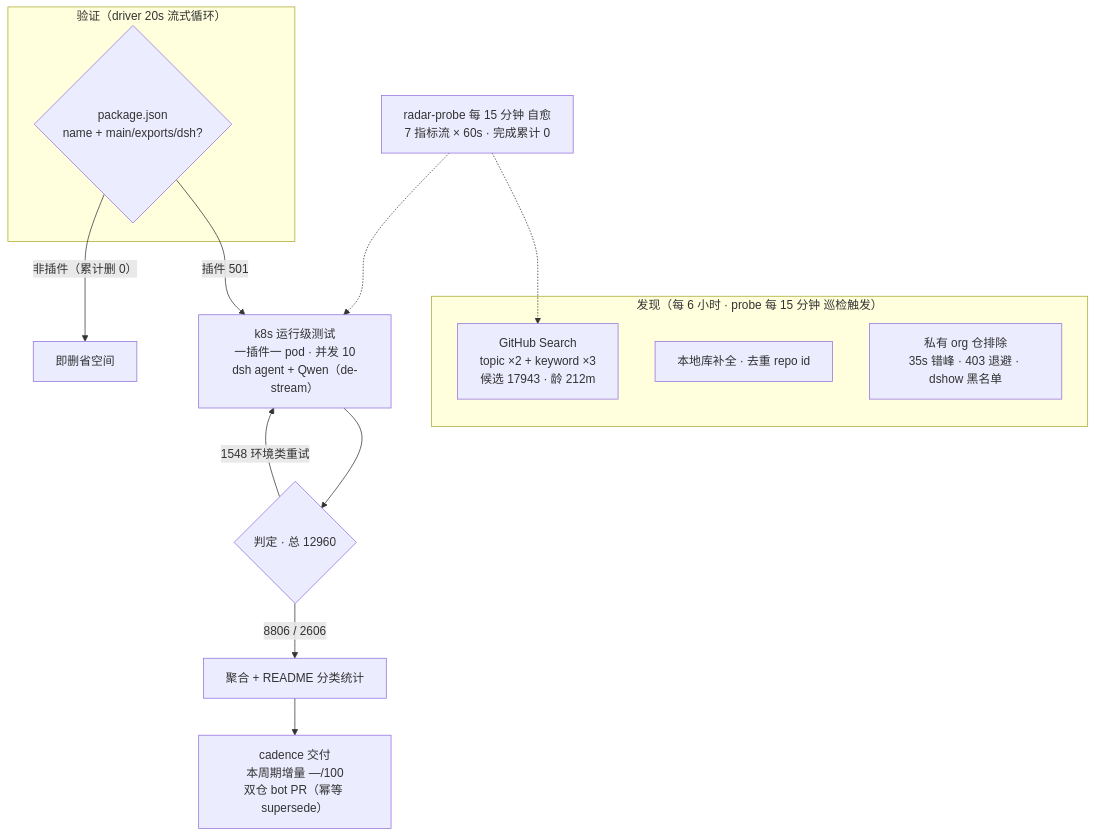
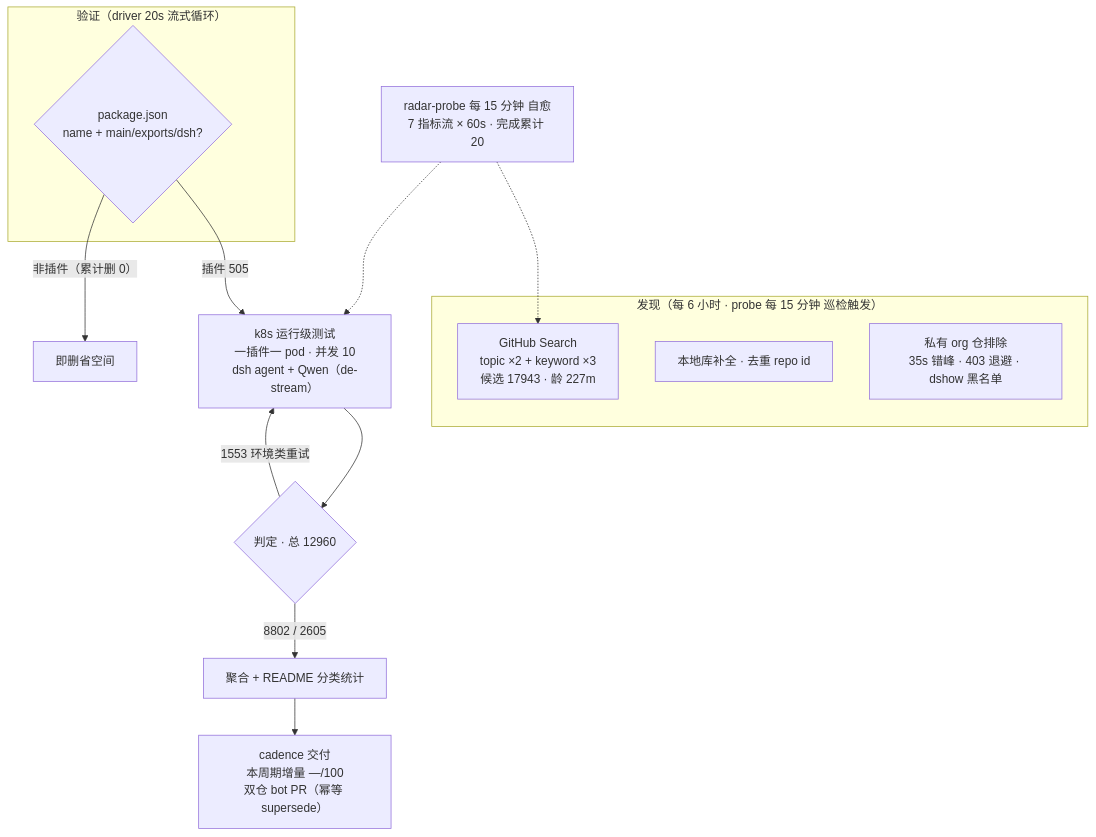
The diagram in README.md (AdamPlatin123/awesome-dsh-plugins), drawn with Mermaid before and after one commit. The commit also changed other lines of this file and 5 other files, not shown here.

````diff
--- a/README.md
+++ b/README.md
@@ -52,20 +52,20 @@
 ```mermaid
 flowchart TB
     subgraph Discovery["发现（每 6 小时 · probe 每 15 分钟 巡检触发）"]
-        A1["GitHub Search<br/>topic ×2 + keyword ×3<br/>候选 17943 · 龄 212m"]
+        A1["GitHub Search<br/>topic ×2 + keyword ×3<br/>候选 17943 · 龄 227m"]
         A2["本地库补全 · 去重 repo id"]
         A3["私有 org 仓排除<br/>35s 错峰 · 403 退避 · dshow 黑名单"]
     end
     subgraph Validation["验证（driver 20s 流式循环）"]
         B1{"package.json<br/>name + main/exports/dsh?"}
     end
-    B1 -->|"插件 501"| C1["k8s 运行级测试<br/>一插件一 pod · 并发 10<br/>dsh agent + Qwen（de-stream）"]
+    B1 -->|"插件 505"| C1["k8s 运行级测试<br/>一插件一 pod · 并发 10<br/>dsh agent + Qwen（de-stream）"]
     B1 -->|"非插件（累计删 0）"| B3["即删省空间"]
     C1 --> D1{"判定 · 总 12960"}
-    D1 -->|"8806 / 2606"| E1["聚合 + README 分类统计"]
-    D1 -->|"1548 环境类重试"| C1
+    D1 -->|"8802 / 2605"| E1["聚合 + README 分类统计"]
+    D1 -->|"1553 环境类重试"| C1
     E1 --> E2["cadence 交付<br/>本周期增量 —/100<br/>双仓 bot PR（幂等 supersede）"]
-    M["radar-probe 每 15 分钟 自愈<br/>7 指标流 × 60s · 完成累计 0"]
+    M["radar-probe 每 15 分钟 自愈<br/>7 指标流 × 60s · 完成累计 20"]
     M -.-> A1
     M -.-> C1
 ```
````
